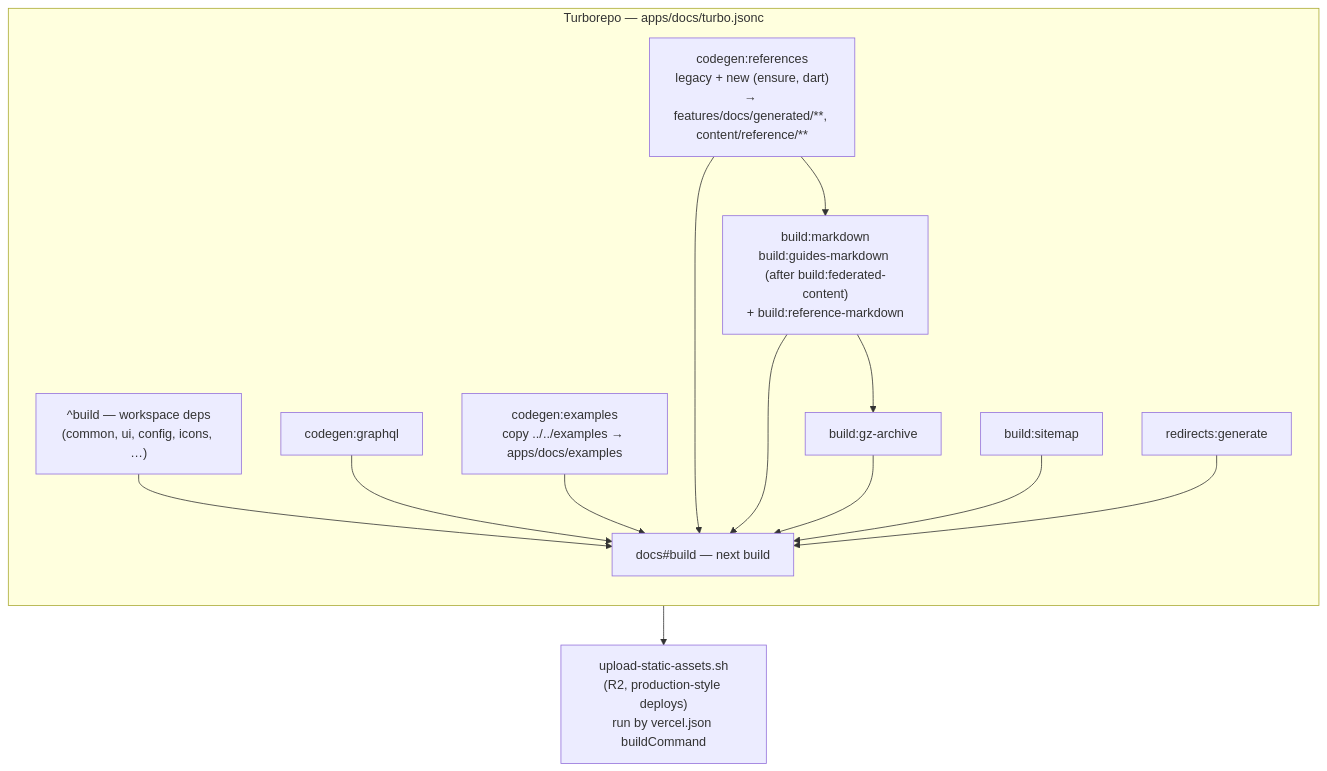
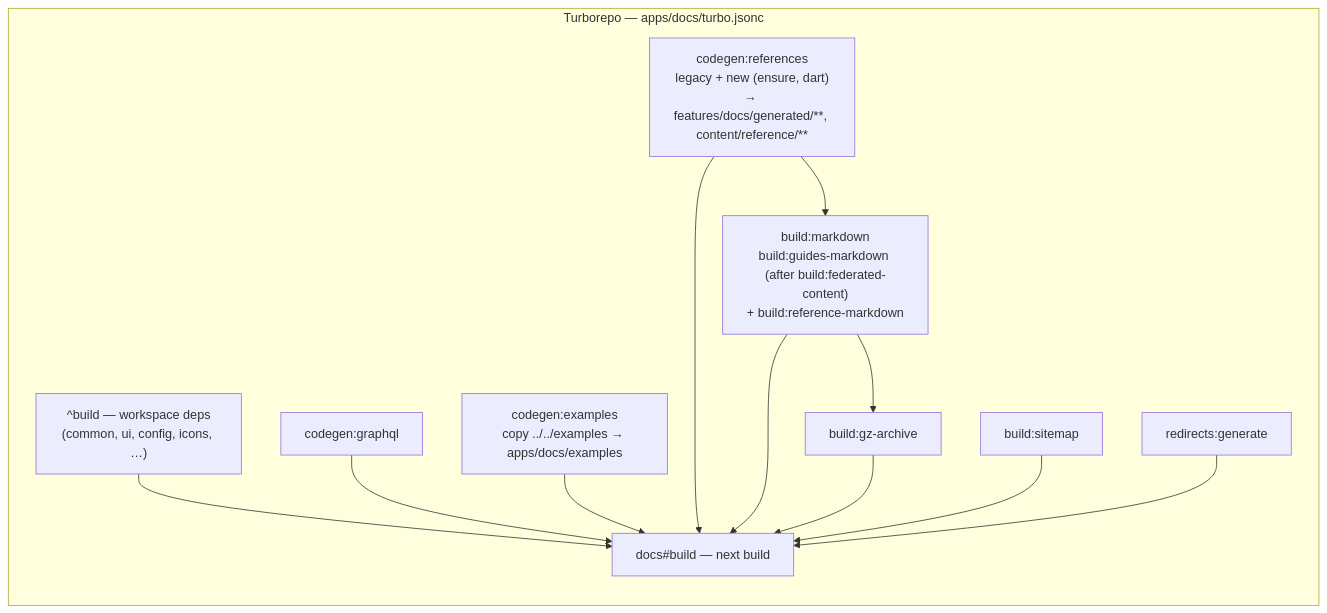
One commit to gabrielmoreira/agent-skills-mirror changed the diagram in mirrors/repos/supabase@supabase/.agents/skills/ask-the-docs/reference/build-pipeline.md. Above: the diagram before and after it, drawn with Mermaid. The commit also changed other lines of this file and 4185 other files, not shown here.

````diff
--- a/mirrors/repos/supabase@supabase/.agents/skills/ask-the-docs/reference/build-pipeline.md
+++ b/mirrors/repos/supabase@supabase/.agents/skills/ask-the-docs/reference/build-pipeline.md
@@ -11,25 +11,23 @@
 ```mermaid
 flowchart TB
   subgraph turbo["Turborepo — apps/docs/turbo.jsonc"]
     direction TB
     WP["^build — workspace deps<br/>(common, ui, config, icons, …)"]
     GQL["codegen:graphql"]
     EX["codegen:examples<br/>copy ../../examples → apps/docs/examples"]
     CR["codegen:references<br/>legacy + new (ensure, dart)<br/>→ features/docs/generated/**, content/reference/**"]
     MD["build:markdown<br/>build:guides-markdown (after build:federated-content)<br/>+ build:reference-markdown"]
     GZ["build:gz-archive"]
     SM["build:sitemap"]
     RD["redirects:generate"]
     CR --> MD --> GZ
     WP --> DOC["docs#build — next build"]
     GQL --> DOC
     EX --> DOC
     CR --> DOC
     MD --> DOC
     GZ --> DOC
     SM --> DOC
     RD --> DOC
   end
-
-  DOC --> CDN["upload-static-assets.sh<br/>(R2, production-style deploys)<br/>run by vercel.json buildCommand"]
 ```
````
